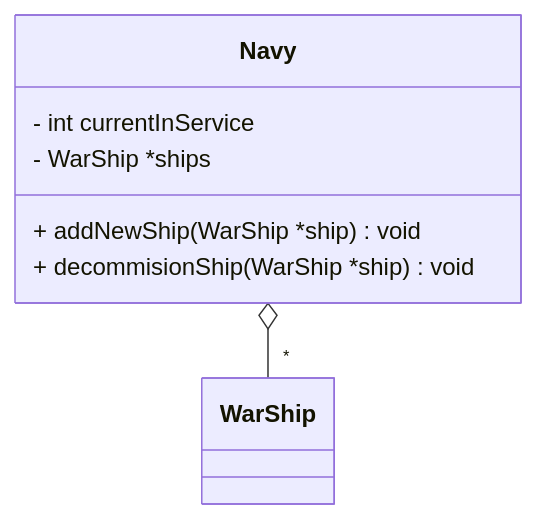
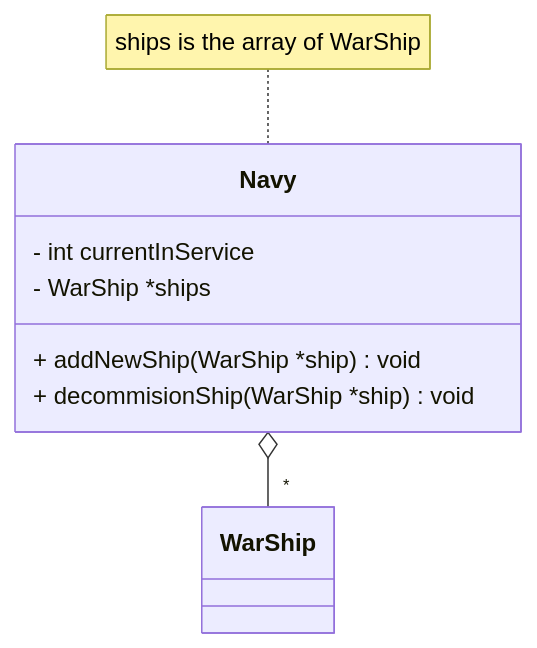
One commit to BensonNgu/CPP changed the seventh of 12 diagrams in Notes/README.md. Above: the diagram before and after it, drawn with Mermaid. The commit also changed other lines of this file and 6 other files, not shown here.

````diff
--- a/Notes/README.md
+++ b/Notes/README.md
@@ -2081,14 +2086,16 @@
 ```mermaid
 classDiagram
 
 class Navy{
   - int currentInService
   - WarShip *ships
   + addNewShip(WarShip *ship) void
   + decommisionShip(WarShip *ship) void
 } 
 
 class WarShip
 
 Navy o-- "*" WarShip
+
+note for Navy "ships is the array of WarShip"
 ```
````
